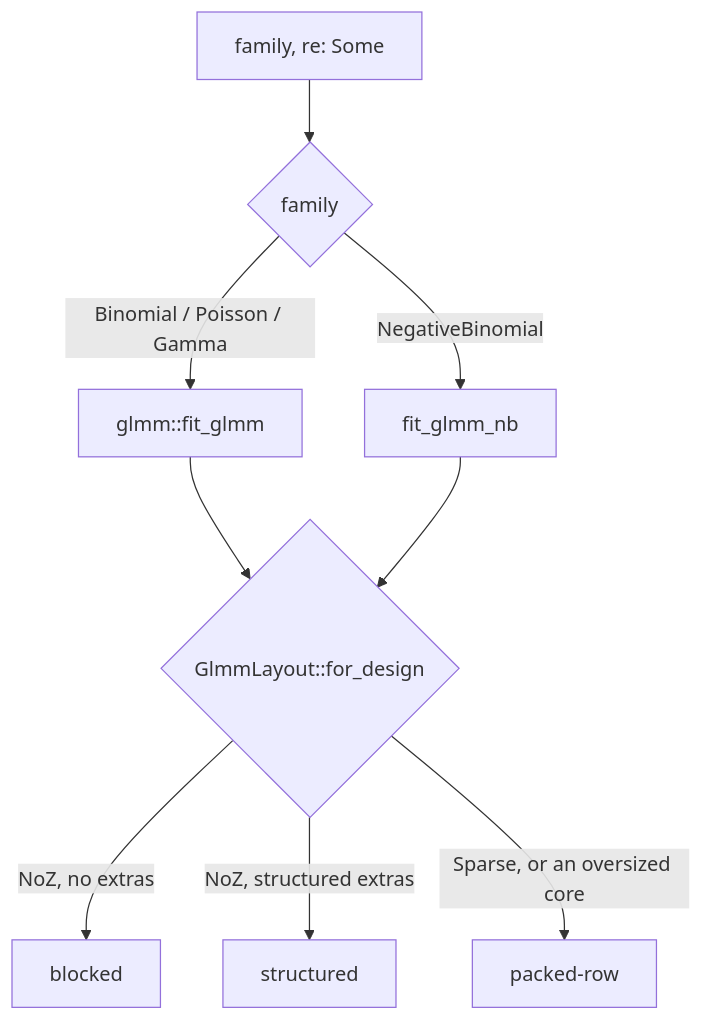
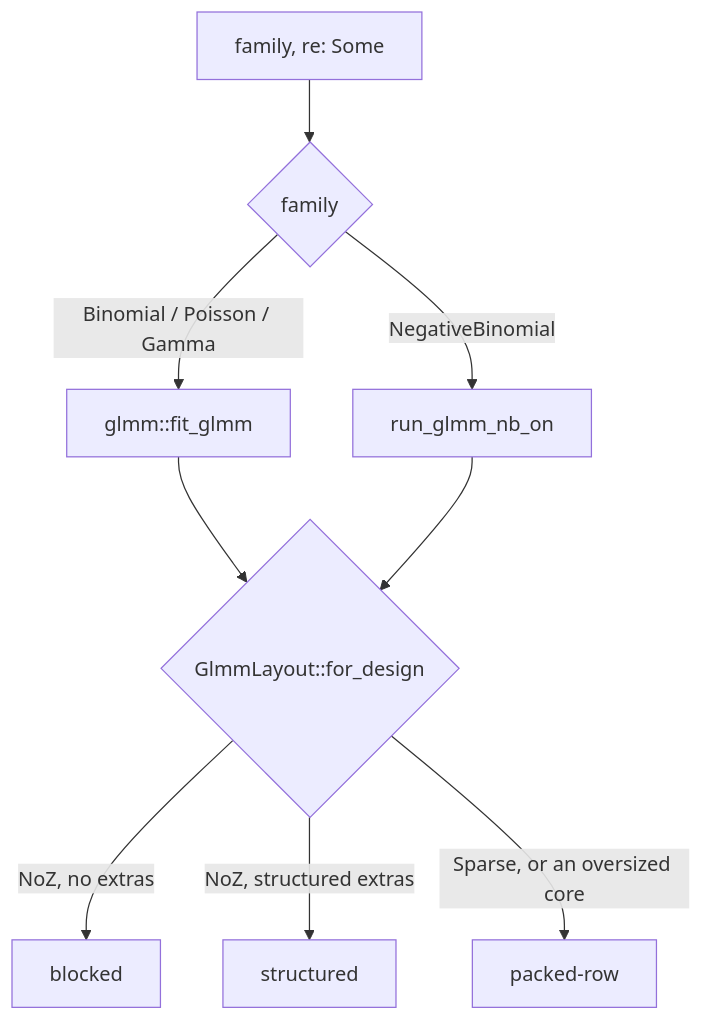
Before and after one commit to pawlenartowicz/glmm: the first of 2 diagrams in documentation/algorithms-glmm.md, drawn with Mermaid. The commit also changed other lines of this file and 493 other files, not shown here.

````diff
--- a/documentation/algorithms-glmm.md
+++ b/documentation/algorithms-glmm.md
@@ -59,11 +59,11 @@
 ```mermaid
 flowchart TD
   A["family, re: Some"] --> C{family}
   C -->|"Binomial / Poisson / Gamma"| E["glmm::fit_glmm"]
-  C -->|NegativeBinomial| F["fit_glmm_nb"]
+  C -->|NegativeBinomial| F["run_glmm_nb_on"]
   E --> L{"GlmmLayout::for_design"}
   F --> L
   L -->|"NoZ, no extras"| M["blocked"]
   L -->|"NoZ, structured extras"| N["structured"]
   L -->|"Sparse, or an oversized core"| O["packed-row"]
 ```
````
